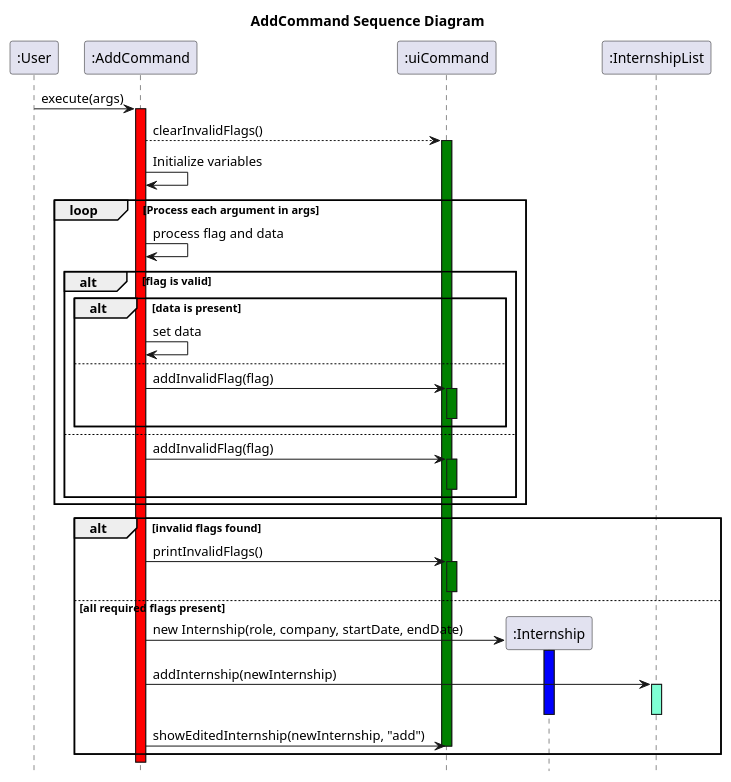
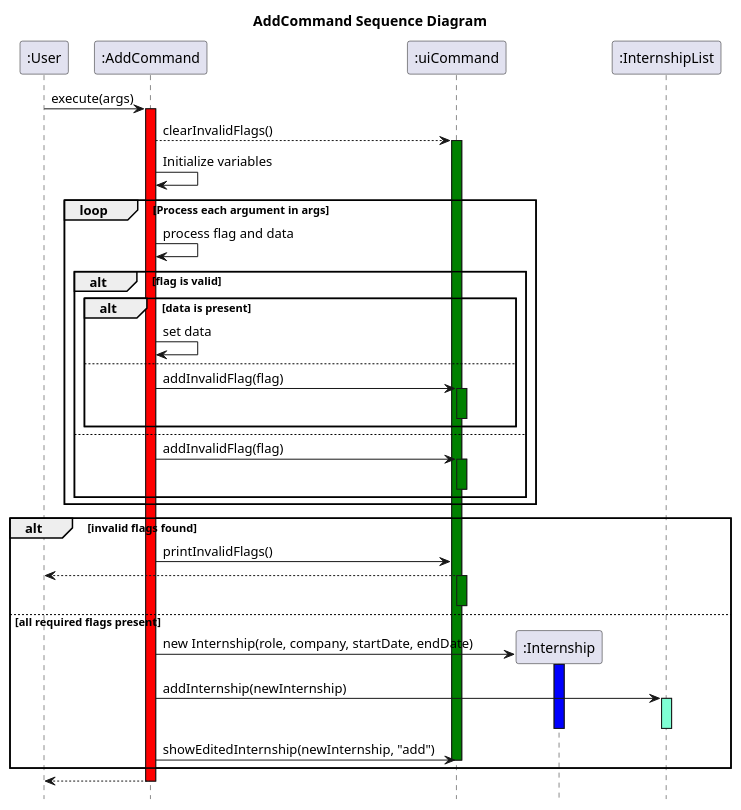
Before and after one commit to nus-cs2113-AY2425S1/tp: the diagram in docs/UML/AddCommand.puml, drawn with PlantUML. The commit also changed 6 other files, not shown here.

Commit message:
updated seq diagram return statements

```diff
--- a/docs/UML/AddCommand.puml
+++ b/docs/UML/AddCommand.puml
@@ -1,50 +1,51 @@
 @startuml
 title AddCommand Sequence Diagram
 hide footbox
 
 participant ":User"
 participant ":AddCommand"
 participant ":uiCommand"
 participant ":Internship"
 participant ":InternshipList"
 
 
 ":User"->":AddCommand":execute(args)
 activate ":AddCommand" #red
 ":AddCommand"-->":uiCommand":clearInvalidFlags()
 activate ":uiCommand" #green
 ":AddCommand"->":AddCommand" : Initialize variables
 
 loop Process each argument in args
   ":AddCommand" -> ":AddCommand" : process flag and data
   alt flag is valid
     alt data is present
       ":AddCommand" -> ":AddCommand" : set data
     else
       ":AddCommand" -> ":uiCommand" : addInvalidFlag(flag)
       activate ":uiCommand" #green
       deactivate ":uiCommand"
     end
   else
     ":AddCommand" -> ":uiCommand" : addInvalidFlag(flag)
     activate ":uiCommand" #green
     deactivate ":uiCommand"
   end
 end
 
 alt invalid flags found
   ":AddCommand"->":uiCommand": printInvalidFlags()
+  ":uiCommand" --> ":User"
   activate ":uiCommand" #green
   deactivate ":uiCommand"
 else all required flags present
   ":AddCommand" -> ":Internship" **: new Internship(role, company, startDate, endDate)
   activate ":Internship" #blue
   ":AddCommand"-> ":InternshipList": addInternship(newInternship)
   activate ":InternshipList" #aquamarine
   deactivate ":Internship"
   deactivate ":InternshipList"
   ":AddCommand" -> ":uiCommand": showEditedInternship(newInternship, "add")
   deactivate ":uiCommand"
 end
-
+return
 @enduml
```
